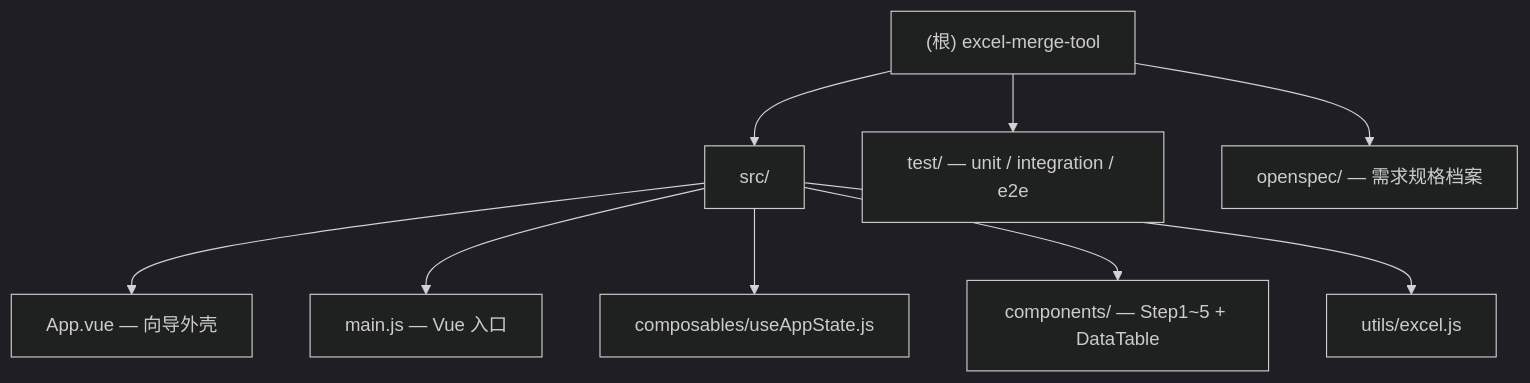
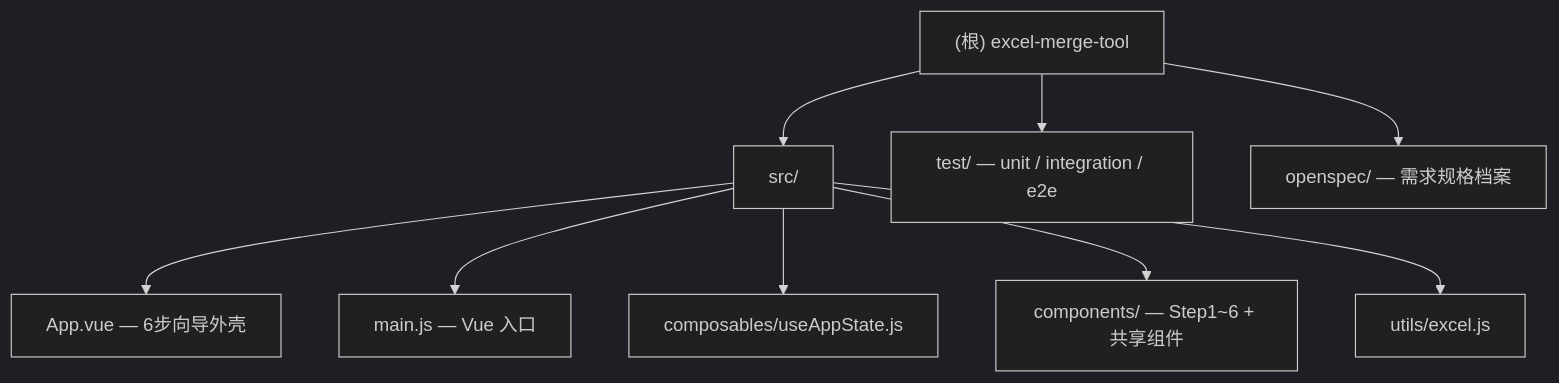
Before and after one commit to gilnatab/excel-merge-tool: the diagram in CLAUDE.md, drawn with Mermaid (dark theme). The commit also changed other lines of this file and 38 other files, not shown here.

````diff
--- a/CLAUDE.md
+++ b/CLAUDE.md
@@ -30,15 +30,15 @@
 ```mermaid
 graph TD
     A["(根) excel-merge-tool"] --> B["src/"]
-    B --> C["App.vue — 向导外壳"]
+    B --> C["App.vue — 6步向导外壳"]
     B --> D["main.js — Vue 入口"]
     B --> F["composables/useAppState.js"]
-    B --> G["components/ — Step1~5 + DataTable"]
+    B --> G["components/ — Step1~6 + 共享组件"]
     B --> H["utils/excel.js"]
     A --> I["test/ — unit / integration / e2e"]
     A --> J["openspec/ — 需求规格档案"]
 
     click F "src/composables/CLAUDE.md" "composables 文档"
     click H "src/utils/CLAUDE.md" "utils 文档"
     click I "test/CLAUDE.md" "测试策略"
 ```
````
